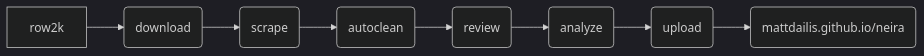
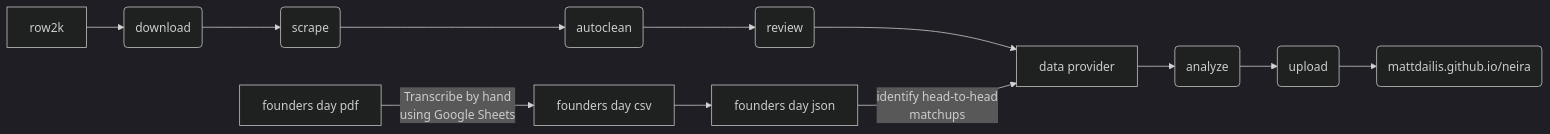
Before and after one commit to mattdailis/neira: the diagram in README.md, drawn with Mermaid (dark theme).

````diff
--- a/README.md
+++ b/README.md
@@ -141,10 +141,15 @@
 ```mermaid
 flowchart LR
     row2k --> download(download)
     download --> c(scrape)
     c --> autoclean(autoclean)
     autoclean --> r(review)
-    r --> a(analyze)
+    r --> dp[data provider]
+    dp --> a(analyze)
     a --> u(upload)
     u --> m(mattdailis.github.io/neira)
+
+    fpdf[founders day pdf] --> |Transcribe by hand\nusing Google Sheets| fcsv[founders day csv]
+    fcsv --> fjson[founders day json]
+    fjson --> |identify head-to-head\nmatchups| dp
 ```
````
